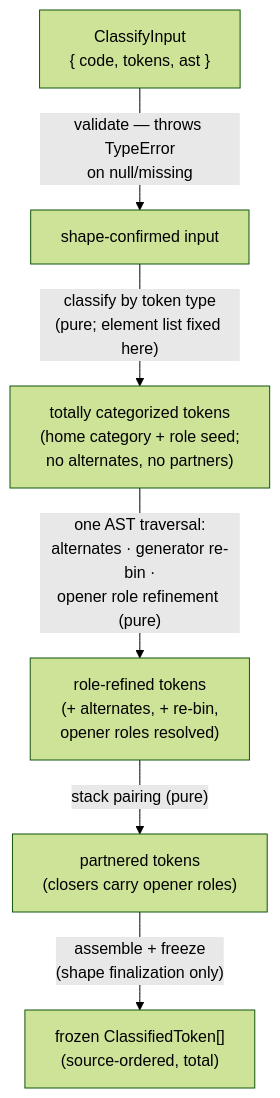
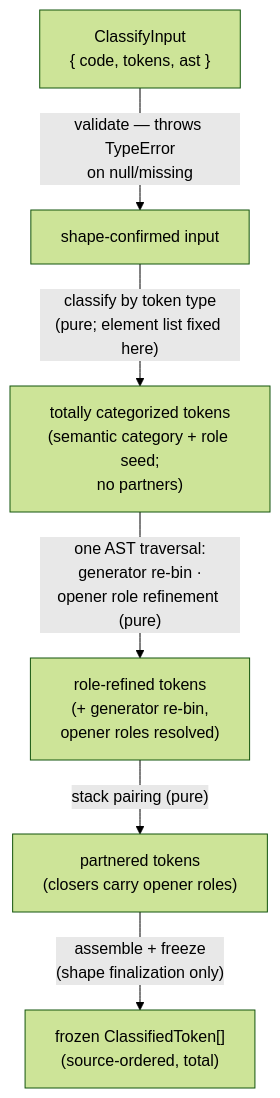
The diagram in src/lib/study-lenses/lib/classifying/DOCS.md (codeschoolinabox/curricula), drawn with Mermaid (forest theme) before and after one commit. The commit also changed other lines of this file and 4 other files, not shown here.

````diff
--- a/src/lib/study-lenses/lib/classifying/DOCS.md
+++ b/src/lib/study-lenses/lib/classifying/DOCS.md
@@ -77,15 +77,15 @@
 ```mermaid
 flowchart TD
     In["ClassifyInput<br/>{ code, tokens, ast }"]
     Shaped["shape-confirmed input"]
-    Seeded["totally categorized tokens<br/>(home category + role seed;<br/>no alternates, no partners)"]
-    Refined["role-refined tokens<br/>(+ alternates, + re-bin,<br/>opener roles resolved)"]
+    Seeded["totally categorized tokens<br/>(semantic category + role seed;<br/>no partners)"]
+    Refined["role-refined tokens<br/>(+ generator re-bin,<br/>opener roles resolved)"]
     Partnered["partnered tokens<br/>(closers carry opener roles)"]
     Out["frozen ClassifiedToken[]<br/>(source-ordered, total)"]
 
     In -->|"validate — throws TypeError<br/>on null/missing"| Shaped
     Shaped -->|"classify by token type<br/>(pure; element list fixed here)"| Seeded
-    Seeded -->|"one AST traversal:<br/>alternates · generator re-bin ·<br/>opener role refinement (pure)"| Refined
+    Seeded -->|"one AST traversal:<br/>generator re-bin ·<br/>opener role refinement (pure)"| Refined
     Refined -->|"stack pairing (pure)"| Partnered
     Partnered -->|"assemble + freeze<br/>(shape finalization only)"| Out
 ```
````
